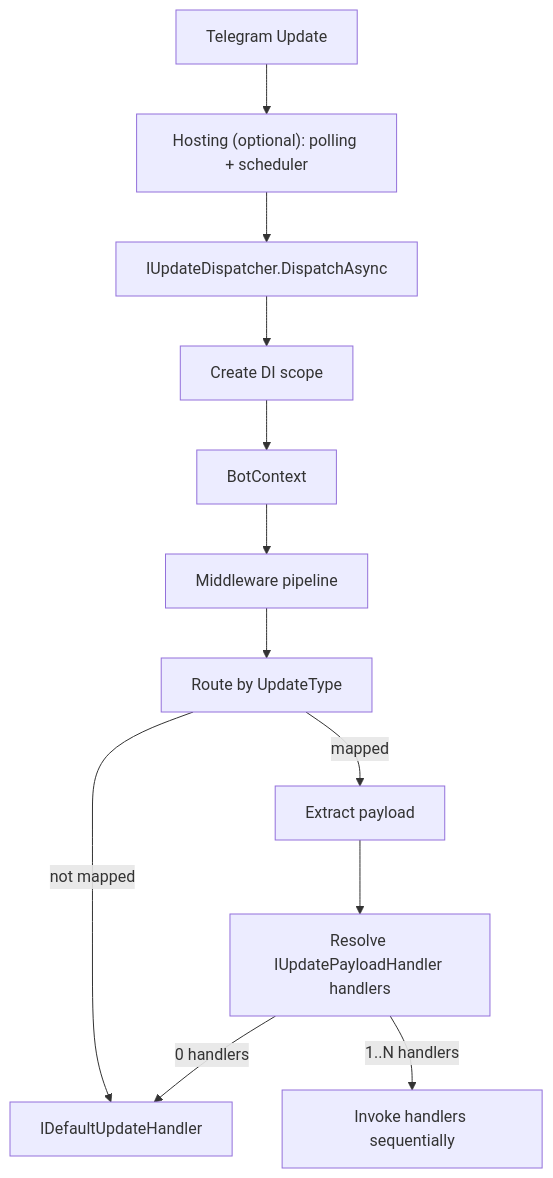
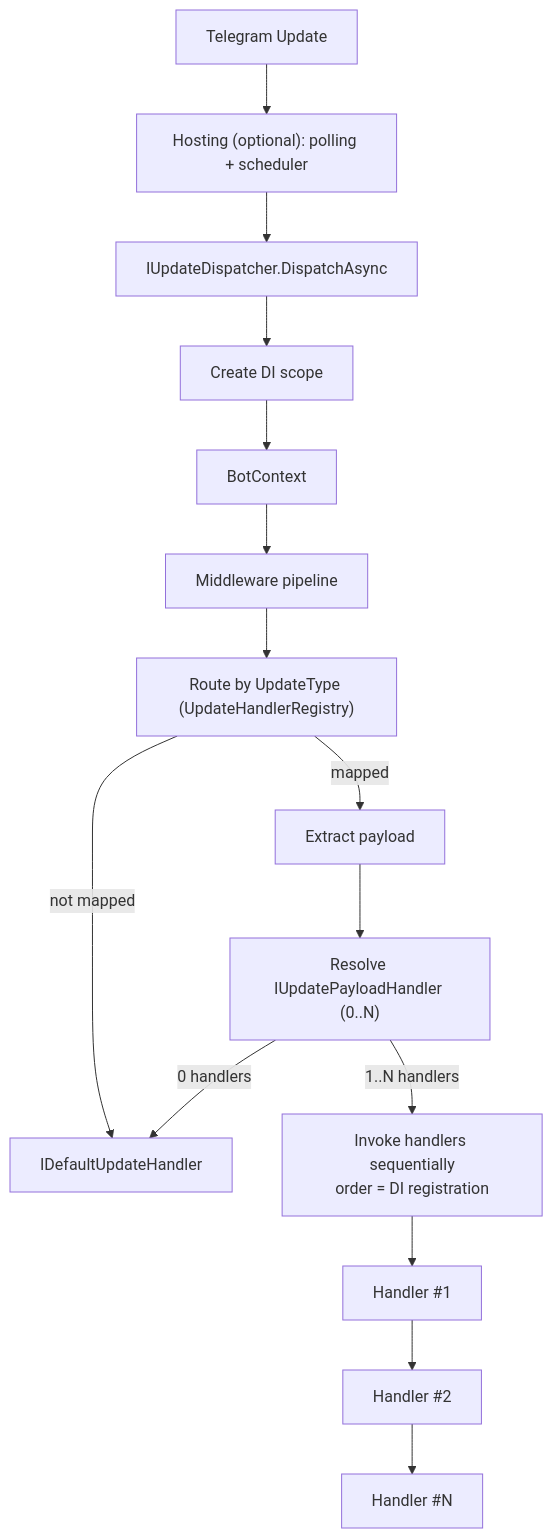
Before and after one commit to NickFeD/TelegramBotKit: the first of 3 diagrams in docs/processing-pipeline.md, drawn with Mermaid. The commit also changed other lines of this file, not shown here.

Commit message:
Clarify handler resolution in processing pipeline
Updated processing pipeline documentation to clarify handler resolution and invocation order for Message and CallbackQuery update types.

````diff
--- a/docs/processing-pipeline.md
+++ b/docs/processing-pipeline.md
@@ -16,14 +16,21 @@
 ```mermaid
 flowchart TD
   A["Telegram Update"] --> B["Hosting (optional): polling + scheduler"]
   B --> C["IUpdateDispatcher.DispatchAsync"]
   C --> D["Create DI scope"]
   D --> E["BotContext"]
   E --> F["Middleware pipeline"]
-  F --> G["Route by UpdateType"]
+  F --> G["Route by UpdateType (UpdateHandlerRegistry)"]
+
   G -->|mapped| H["Extract payload"]
-  H --> I["Resolve IUpdatePayloadHandler<TPayload> handlers"]
+  H --> I["Resolve IUpdatePayloadHandler<TPayload> (0..N)"]
+
   I -->|0 handlers| J["IDefaultUpdateHandler"]
-  I -->|1..N handlers| K["Invoke handlers sequentially"]
+  I -->|1..N handlers| L["Invoke handlers sequentially<br/>order = DI registration"]
+
+  L --> H1["Handler #1"]
+  H1 --> H2["Handler #2"]
+  H2 --> H3["Handler #N"]
+
   G -->|not mapped| J
 ```
````
